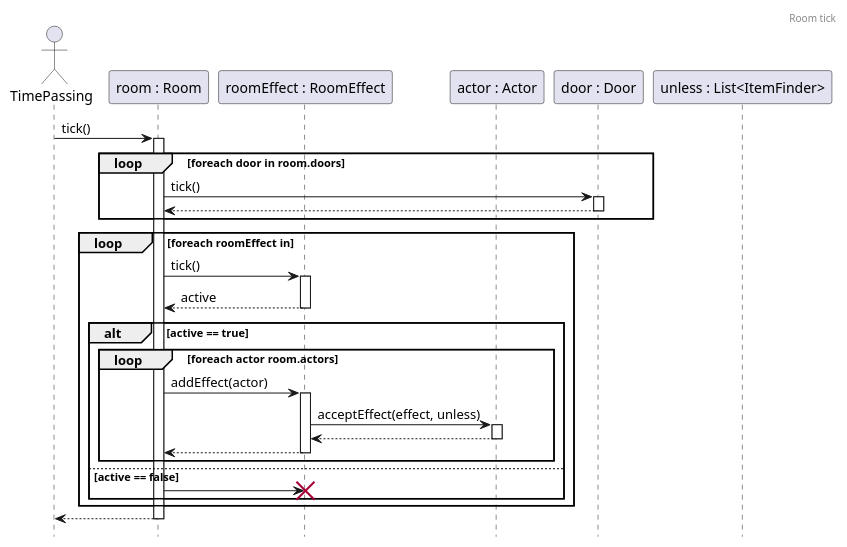
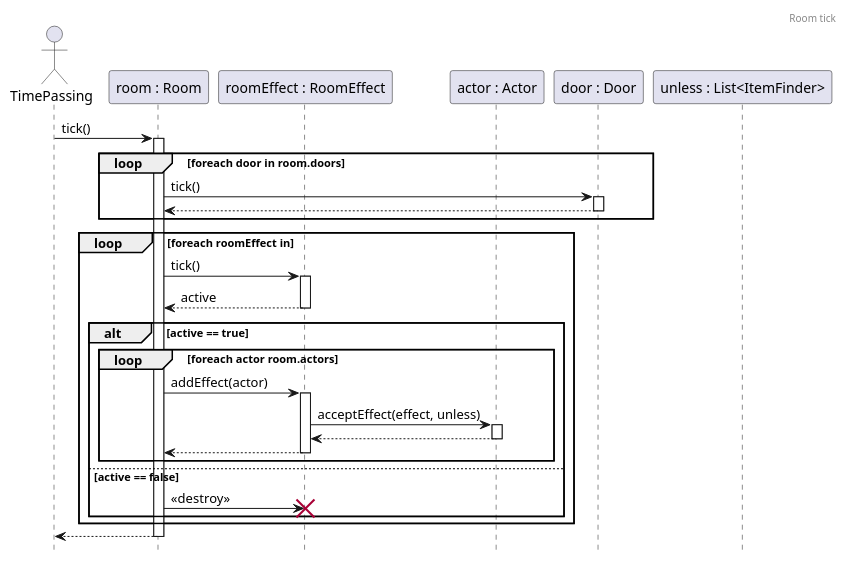
Before and after one commit to Kristof-me/Logarlec: the diagram in docs/sequence/tick/RoomTick.puml, drawn with PlantUML. The commit also changed 2 other files, not shown here.

Commit message:
Added #85, #89 sequences

```diff
--- a/docs/sequence/tick/RoomTick.puml
+++ b/docs/sequence/tick/RoomTick.puml
@@ -1,40 +1,40 @@
 @startuml RoomTick
 header Room tick
 hide footbox
 
 actor time as "TimePassing"
 participant room as "room : Room"
 participant effect as "roomEffect : RoomEffect"
 participant actor as "actor : Actor"
 participant door as "door : Door"
 
 time -> room ++: tick()
 loop foreach door in room.doors
     room -> door++ : tick()
     return
 end
 loop foreach roomEffect in 
     room -> effect ++: tick()
     return active
 
     alt active == true
         loop foreach actor room.actors
             room -> effect ++: addEffect(actor)
 
             effect -> actor ++ : acceptEffect(effect, unless)
             ' ennek így kéne működnie, de nem így kódoltuk le ...
             
             return 
             return
         end
     else active == false
-        room -> effect
+        room -> effect : <<destroy>>
         destroy effect
     end
 end
 
 room --> time
 deactivate room
 
 participant unless as "unless : List<ItemFinder>"
 @enduml
```
